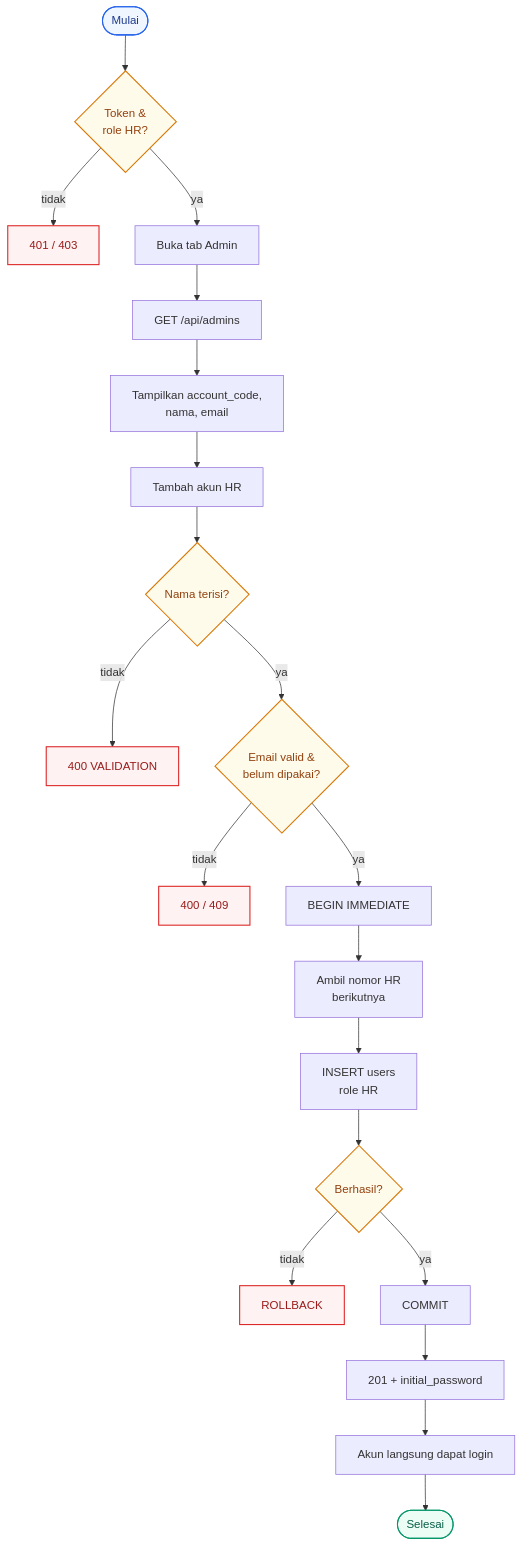
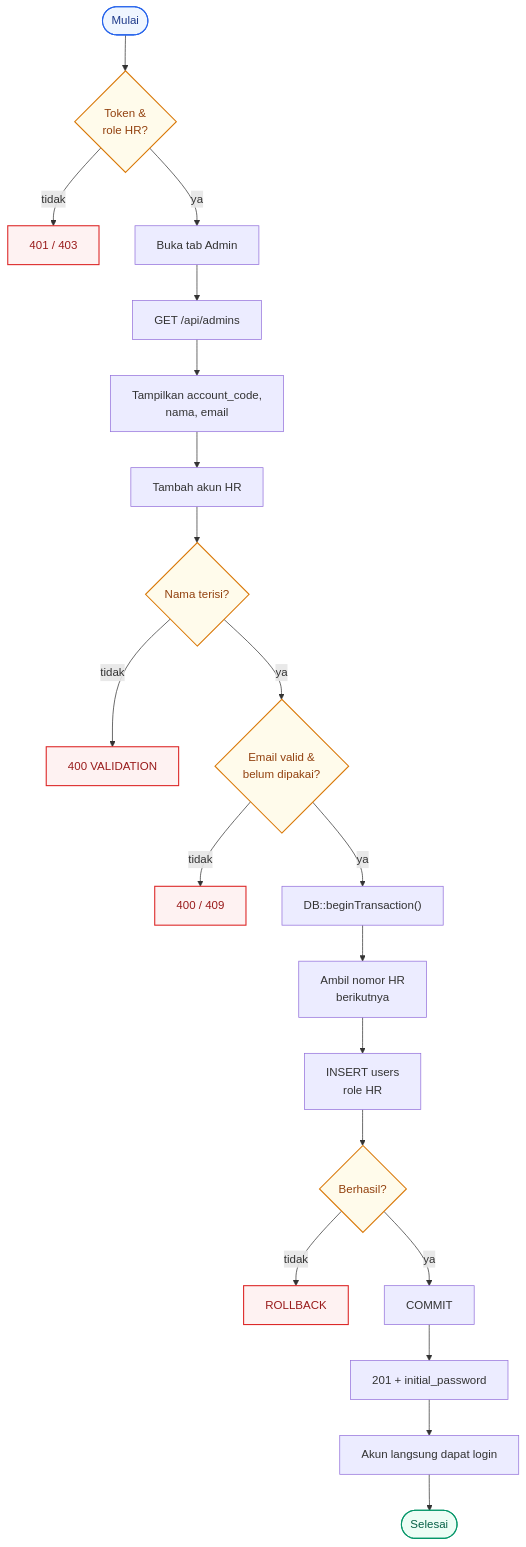
One commit to faizmarwan2/Project1 changed diagram 13 of 15 in docs/project-a/03-Activity-Diagram.md. Above: the diagram before and after it, drawn with Mermaid. The commit also changed other lines of this file and 20 other files, not shown here.

````diff
--- a/docs/project-a/03-Activity-Diagram.md
+++ b/docs/project-a/03-Activity-Diagram.md
@@ -435,27 +435,27 @@
 ```mermaid
 flowchart TD
     A(["Mulai"]):::start --> B{"Token &<br/>role HR?"}:::gate
     B -- "tidak" --> X1["401 / 403"]:::err
     B -- "ya" --> C["Buka tab Admin"]
     C --> D["GET /api/admins"]
     D --> E["Tampilkan account_code,<br/>nama, email"]
     E --> F["Tambah akun HR"]
     F --> G{"Nama terisi?"}:::gate
     G -- "tidak" --> X2["400 VALIDATION"]:::err
     G -- "ya" --> H{"Email valid &<br/>belum dipakai?"}:::gate
     H -- "tidak" --> X3["400 / 409"]:::err
-    H -- "ya" --> I["BEGIN IMMEDIATE"]
+    H -- "ya" --> I["DB::beginTransaction()"]
     I --> J["Ambil nomor HR<br/>berikutnya"]
     J --> K["INSERT users<br/>role HR"]
     K --> L{"Berhasil?"}:::gate
     L -- "tidak" --> X4["ROLLBACK"]:::err
     L -- "ya" --> M["COMMIT"]
     M --> N["201 + initial_password"]
     N --> O["Akun langsung dapat login"]
     O --> P(["Selesai"]):::ok
 
     classDef start fill:#eff6ff,stroke:#2563eb,color:#1e3a8a,stroke-width:1.5px;
     classDef gate fill:#fffbeb,stroke:#d97706,color:#92400e,stroke-width:1.5px;
     classDef err fill:#fef2f2,stroke:#dc2626,color:#991b1b,stroke-width:1.5px;
     classDef ok fill:#ecfdf5,stroke:#059669,color:#065f46,stroke-width:1.5px;
 ```
````
